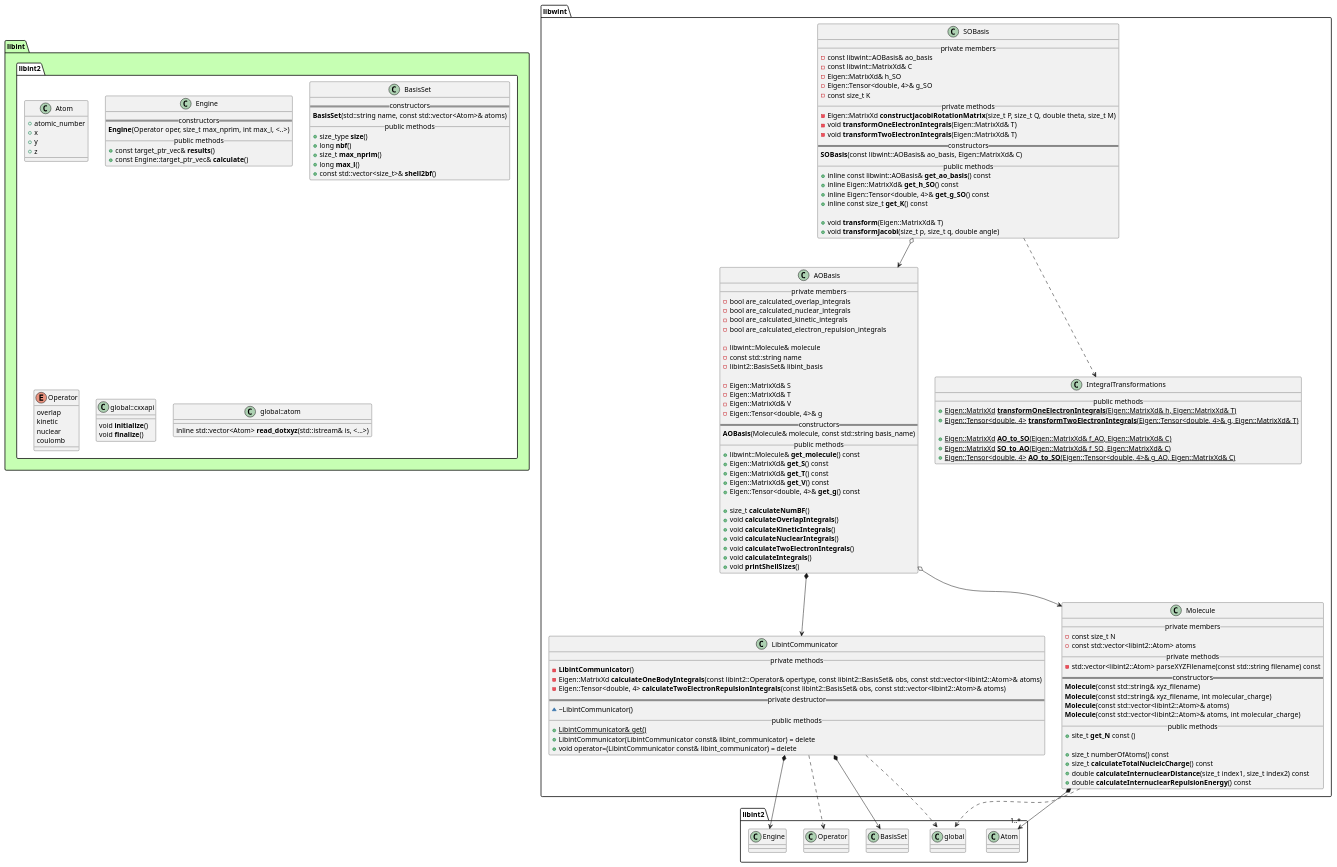
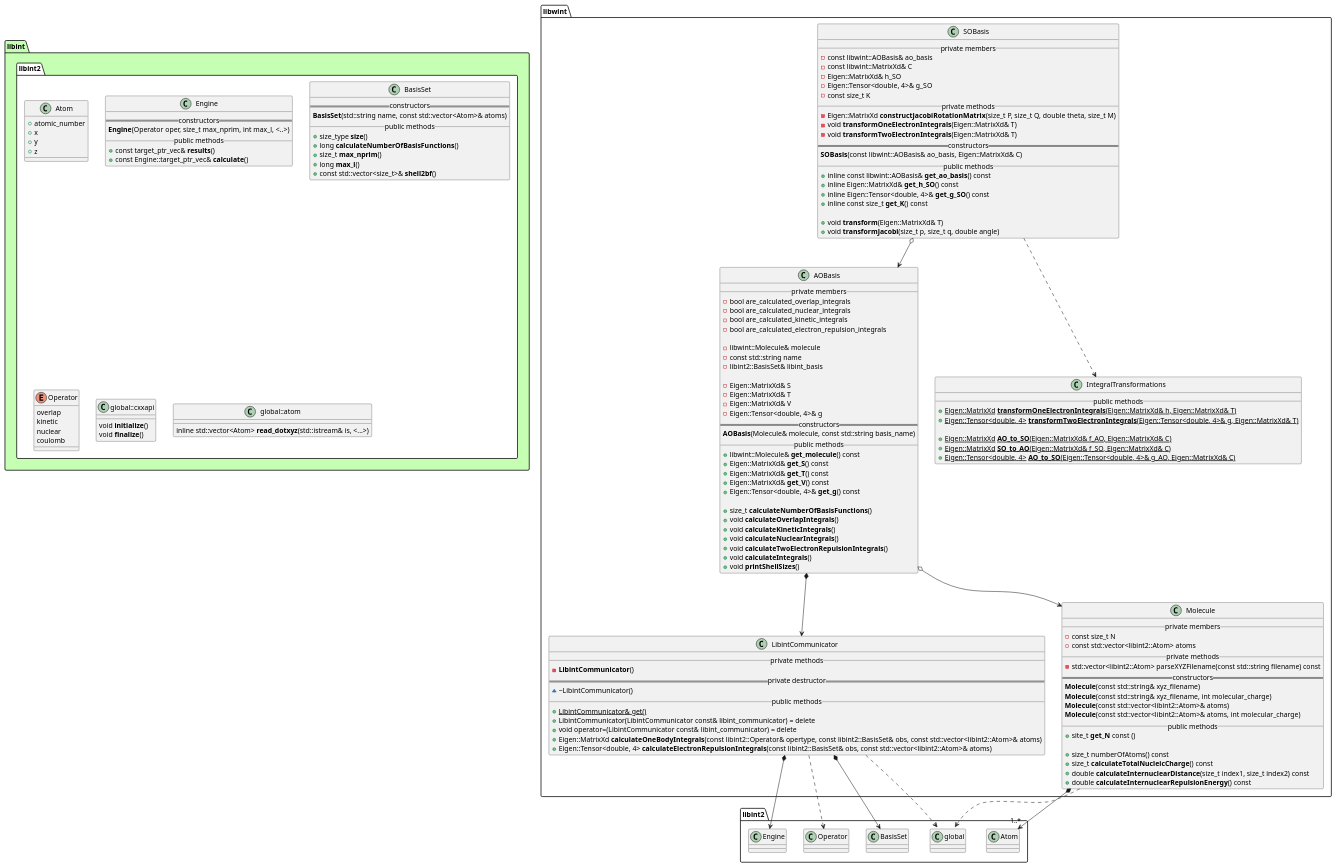
Before and after one commit to tmhuysen/libwint: the diagram in docs/libwint.puml, drawn with PlantUML. The commit also changed 8 other files, not shown here.

```diff
--- a/docs/libwint.puml
+++ b/docs/libwint.puml
@@ -1,178 +1,178 @@
 @startuml
 
 
 
 package libint #c6ffb3 {
     namespace libint2 #ffffff {
         class Atom {
             + atomic_number
             + x
             + y
             + z
         }
 
         class Engine {
             == constructors ==
                 **Engine**(Operator oper, size_t max_nprim, int max_l, <..>)
             __ public methods __
                 + const target_ptr_vec& **results**()
                 + const Engine::target_ptr_vec& **calculate**()
         }
 
         class BasisSet {
             == constructors ==
                 **BasisSet**(std::string name, const std::vector<Atom>& atoms)
             __ public methods __
                 + size_type **size**()
-                + long **nbf**()
+                + long **calculateNumberOfBasisFunctions**()
                 + size_t **max_nprim**()
                 + long **max_l**()
                 + const std::vector<size_t>& **shell2bf**()
         }
 
         enum Operator {
             overlap
             kinetic
             nuclear
             coulomb
         }
 
         class global::cxxapi {
                 void **initialize**()
                 void **finalize**()
         }
 
         class global::atom {
             inline std::vector<Atom> **read_dotxyz**(std::istream& is, <...>)
         }
     }
 }
 
 
 
 
 namespace libwint {
 
     class AOBasis {
         __ private members __
             - bool are_calculated_overlap_integrals
             - bool are_calculated_nuclear_integrals
             - bool are_calculated_kinetic_integrals
             - bool are_calculated_electron_repulsion_integrals
 
             - libwint::Molecule& molecule
             - const std::string name
             - libint2::BasisSet& libint_basis
 
             - Eigen::MatrixXd& S
             - Eigen::MatrixXd& T
             - Eigen::MatrixXd& V
             - Eigen::Tensor<double, 4>& g
         == constructors ==
             **AOBasis**(Molecule& molecule, const std::string basis_name)
         __ public methods __
             + libwint::Molecule& **get_molecule**() const
             + Eigen::MatrixXd& **get_S**() const
             + Eigen::MatrixXd& **get_T**() const
             + Eigen::MatrixXd& **get_V**() const
             + Eigen::Tensor<double, 4>& **get_g**() const
 
-            + size_t **calculateNumBF**()
+            + size_t **calculateNumberOfBasisFunctions**()
             + void **calculateOverlapIntegrals**()
             + void **calculateKineticIntegrals**()
             + void **calculateNuclearIntegrals**()
-            + void **calculateTwoElectronIntegrals**()
+            + void **calculateTwoElectronRepulsionIntegrals**()
             + void **calculateIntegrals**()
             + void **printShellSizes**()
     }
 
 
     class SOBasis {
         __ private members __
             - const libwint::AOBasis& ao_basis
             - const libwint::MatrixXd& C
             - Eigen::MatrixXd& h_SO
             - Eigen::Tensor<double, 4>& g_SO
             - const size_t K
         __ private methods __
             - Eigen::MatrixXd **constructJacobiRotationMatrix**(size_t P, size_t Q, double theta, size_t M)
             - void **transformOneElectronIntegrals**(Eigen::MatrixXd& T)
             - void **transformTwoElectronIntegrals**(Eigen::MatrixXd& T)
         == constructors ==
             **SOBasis**(const libwint::AOBasis& ao_basis, Eigen::MatrixXd& C)
         __ public methods __
             + inline const libwint::AOBasis& **get_ao_basis**() const
             + inline Eigen::MatrixXd& **get_h_SO**() const
             + inline Eigen::Tensor<double, 4>& **get_g_SO**() const
             + inline const size_t **get_K**() const
 
             + void **transform**(Eigen::MatrixXd& T)
             + void **transformJacobi**(size_t p, size_t q, double angle)
     }
 
 
     class IntegralTransformations {
         __ public methods __
             + {static} Eigen::MatrixXd **transformOneElectronIntegrals**(Eigen::MatrixXd& h, Eigen::MatrixXd& T)
             + {static} Eigen::Tensor<double, 4> **transformTwoElectronIntegrals**(Eigen::Tensor<double, 4>& g, Eigen::MatrixXd& T)
 
             + {static} Eigen::MatrixXd **AO_to_SO**(Eigen::MatrixXd& f_AO, Eigen::MatrixXd& C)
             + {static} Eigen::MatrixXd **SO_to_AO**(Eigen::MatrixXd& f_SO, Eigen::MatrixXd& C)
             + {static} Eigen::Tensor<double, 4> **AO_to_SO**(Eigen::Tensor<double, 4>& g_AO, Eigen::MatrixXd& C)
     }
 
 
     class LibintCommunicator {
         __ private methods __
             - **LibintCommunicator**()
-            - Eigen::MatrixXd **calculateOneBodyIntegrals**(const libint2::Operator& opertype, const libint2::BasisSet& obs, const std::vector<libint2::Atom>& atoms)
-            - Eigen::Tensor<double, 4> **calculateTwoElectronRepulsionIntegrals**(const libint2::BasisSet& obs, const std::vector<libint2::Atom>& atoms)
         == private destructor ==
             ~ ~LibintCommunicator()
         __ public methods __
             + {static} LibintCommunicator& get()
             + LibintCommunicator(LibintCommunicator const& libint_communicator) = delete
             + void operator=(LibintCommunicator const& libint_communicator) = delete
+            + Eigen::MatrixXd **calculateOneBodyIntegrals**(const libint2::Operator& opertype, const libint2::BasisSet& obs, const std::vector<libint2::Atom>& atoms)
+            + Eigen::Tensor<double, 4> **calculateElectronRepulsionIntegrals**(const libint2::BasisSet& obs, const std::vector<libint2::Atom>& atoms)
     }
 
 
     class Molecule {
         __ private members __
             - const size_t N
             - const std::vector<libint2::Atom> atoms
         __ private methods __
             - std::vector<libint2::Atom> parseXYZFilename(const std::string filename) const
         == constructors ==
             **Molecule**(const std::string& xyz_filename)
             **Molecule**(const std::string& xyz_filename, int molecular_charge)
             **Molecule**(const std::vector<libint2::Atom>& atoms)
             **Molecule**(const std::vector<libint2::Atom>& atoms, int molecular_charge)
         __ public methods __
             + site_t **get_N** const ()
 
             + size_t numberOfAtoms() const
             + size_t **calculateTotalNucleicCharge**() const
             + double **calculateInternuclearDistance**(size_t index1, size_t index2) const
             + double **calculateInternuclearRepulsionEnergy**() const
     }
 
 }
 
 
 
 libwint.AOBasis o--> libwint.Molecule
 libwint.AOBasis *--> libwint.LibintCommunicator
 
 libwint.LibintCommunicator *--> libint2.BasisSet
 libwint.LibintCommunicator ..> libint2.Operator
 libwint.LibintCommunicator *--> libint2.Engine
 libwint.LibintCommunicator ..> libint2.global::cxxapi
 
 libwint.Molecule *--> "1..*" libint2.Atom
 libwint.Molecule ..> libint2.global::atom
 
 libwint.SOBasis ..> libwint.IntegralTransformations
 libwint.SOBasis o--> libwint.AOBasis
 
 
 @enduml
```
